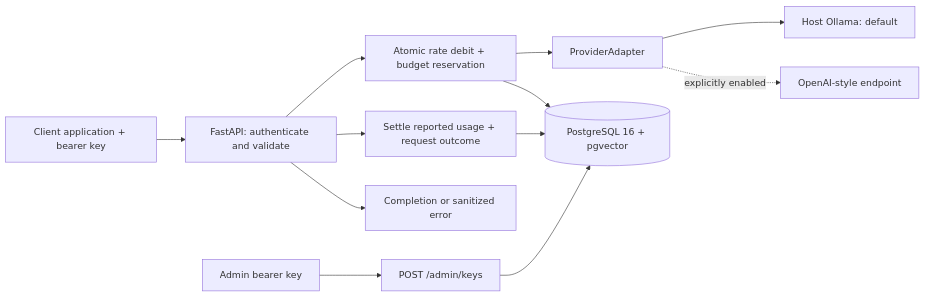
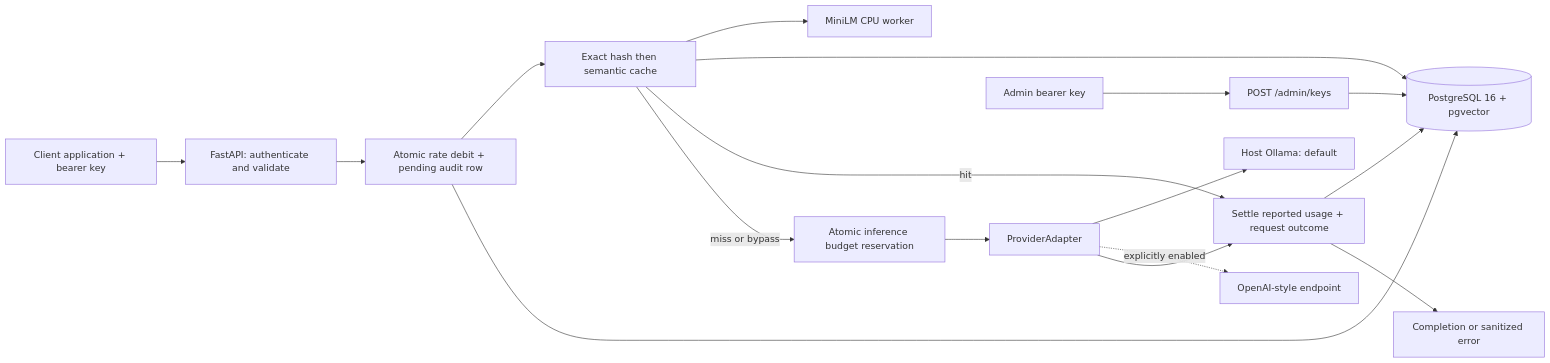
One commit to shashankd06/LLM-Gateway changed the diagram in README.md. Above: the diagram before and after it, drawn with Mermaid. The commit also changed other lines of this file and 29 other files, not shown here.

Commit message:
feat: add exact and semantic caching

````diff
--- a/README.md
+++ b/README.md
@@ -15,14 +15,19 @@
 ```mermaid
 flowchart LR
     Client[Client application + bearer key] --> API[FastAPI: authenticate and validate]
-    API --> Limits[Atomic rate debit + budget reservation]
-    Limits --> Adapter[ProviderAdapter]
+    API --> Limits[Atomic rate debit + pending audit row]
+    Limits --> Cache[Exact hash then semantic cache]
+    Cache --> Embed[MiniLM CPU worker]
+    Cache --> DB[(PostgreSQL 16 + pgvector)]
+    Cache -- hit --> Logs[Settle reported usage + request outcome]
+    Cache -- miss or bypass --> Budget[Atomic inference budget reservation]
+    Budget --> Adapter[ProviderAdapter]
     Adapter --> Ollama[Host Ollama: default]
     Adapter -. explicitly enabled .-> Compatible[OpenAI-style endpoint]
     Limits --> DB[(PostgreSQL 16 + pgvector)]
-    API --> Logs[Settle reported usage + request outcome]
+    Adapter --> Logs
     Logs --> DB[(PostgreSQL 16 + pgvector)]
     Admin[Admin bearer key] --> Keys[POST /admin/keys]
     Keys --> DB
-    API --> Reply[Completion or sanitized error]
+    Logs --> Reply[Completion or sanitized error]
 ```
````
